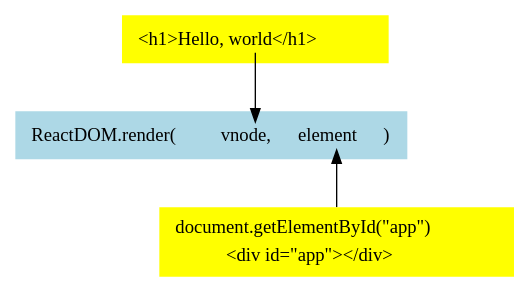
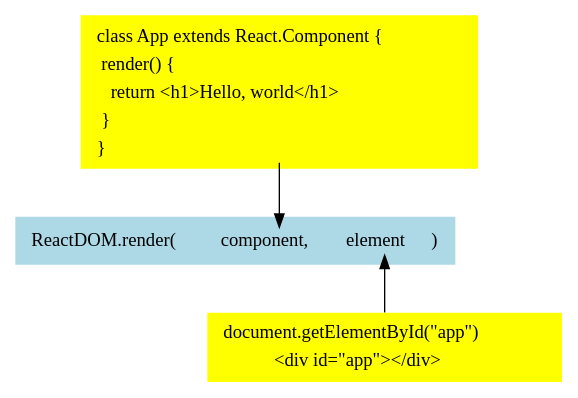
One commit to foxdonut/meiosis changed the diagram in tutorial/images/01-hello-world-02.dot. Above: the diagram before and after it, drawn with Graphviz. The commit also changed 31 other files, not shown here.

```diff
--- a/tutorial/images/01-hello-world-02.dot
+++ b/tutorial/images/01-hello-world-02.dot
@@ -1,34 +1,46 @@
 digraph meiosistutorial {
   mrender [shape="plaintext", style="filled", fillcolor="lightblue", label=<
     <table border="0">
       <tr>
         <td>ReactDOM.render(</td>
-        <td port="view">vnode, </td>
+        <td port="view">component, </td>
         <td port="element">element</td>
         <td>)</td>
       </tr>
     </table>
   >]
 
   element [shape="plaintext", style="filled", fillcolor="yellow", label=<
     <table border="0">
       <tr>
         <td>document.getElementById("app")</td>
       </tr>
       <tr>
         <td>&lt;div id="app"&gt;&lt;/div&gt;</td>
       </tr>
     </table>
   >]
 
   view [shape="plaintext", style="filled", fillcolor="yellow", label=<
     <table border="0">
       <tr>
-        <td port="mview">&lt;h1&gt;Hello, world&lt;/h1&gt;</td>
+        <td align="left">class App extends React.Component {</td>
+      </tr>
+      <tr>
+        <td align="left">  render() { </td>
+      </tr>
+      <tr>
+        <td align="left">    return &lt;h1&gt;Hello, world&lt;/h1&gt;</td>
+      </tr>
+      <tr>
+        <td align="left">  }</td>
+      </tr>
+      <tr>
+        <td port="mview" align="left">}</td>
       </tr>
     </table>
   >]
 
   mrender:element -> element [label="", dir="back"]
   view:mview -> mrender:view [label=""]
 }
```
